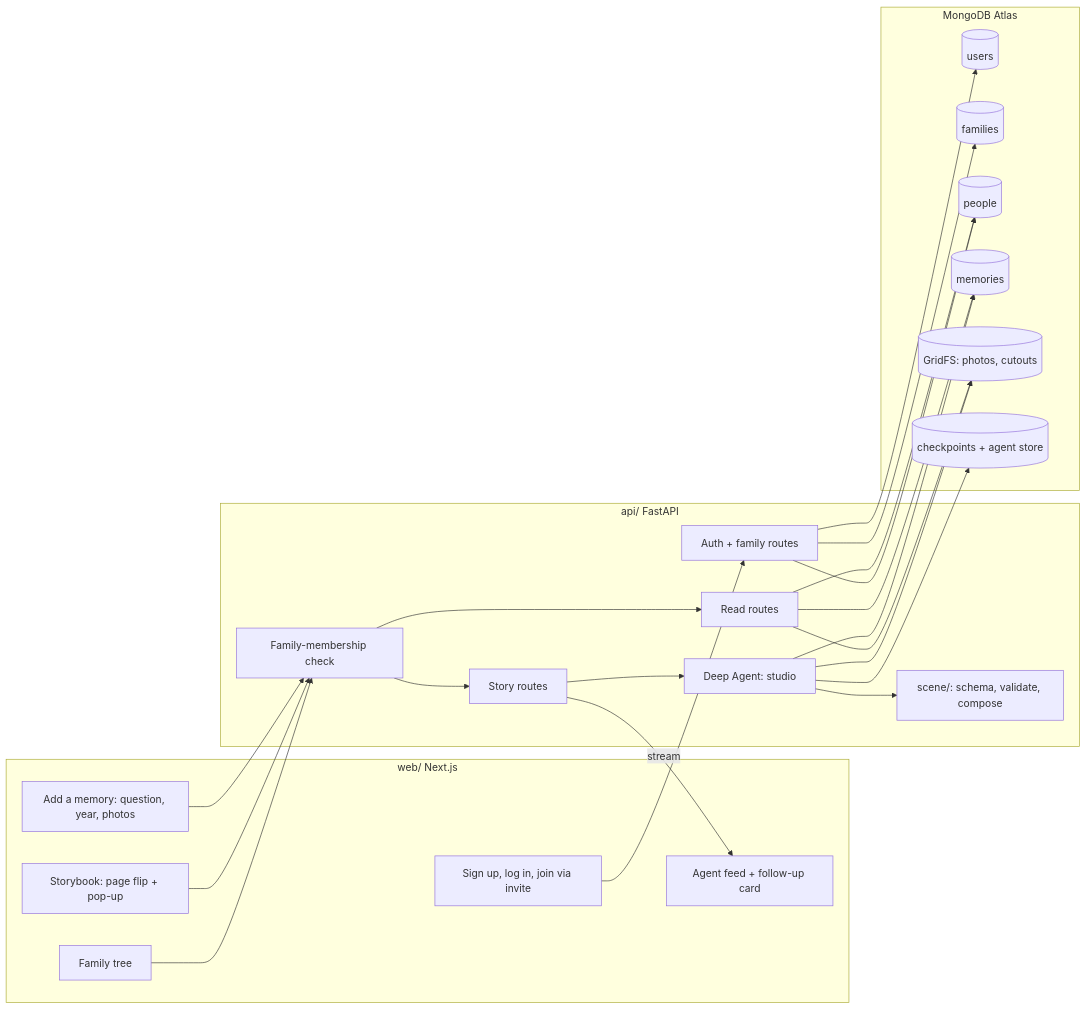
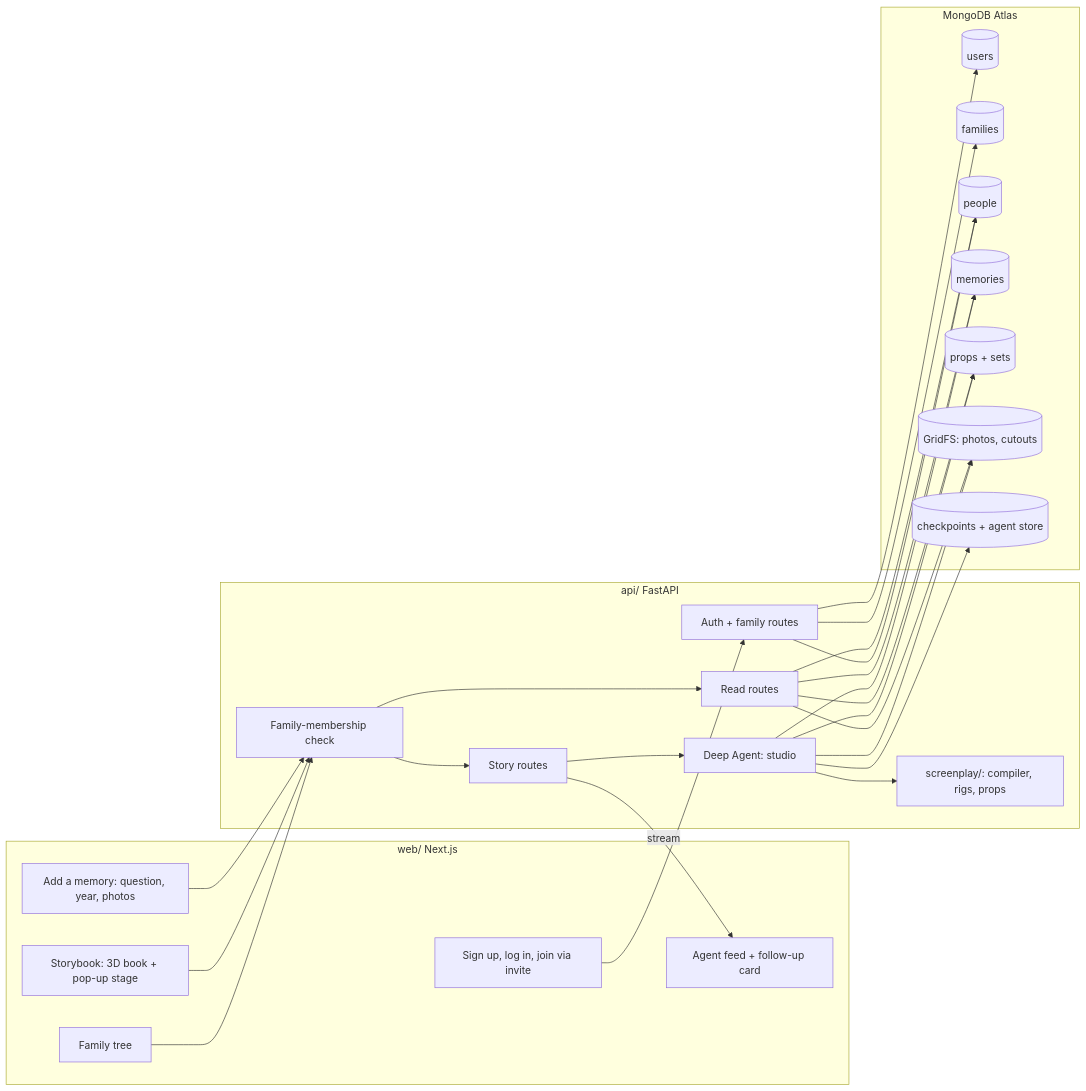
One commit to jpark2007/Stitch changed the diagram in ARCHITECTURE.md. Above: the diagram before and after it, drawn with Mermaid. The commit also changed other lines of this file and 50 other files, not shown here.

First line of the commit message:
Plan continuous pop-up animation with puppets, props, and a screenplay compiler

````diff
--- a/ARCHITECTURE.md
+++ b/ARCHITECTURE.md
@@ -10,46 +10,49 @@
 ```mermaid
 flowchart LR
   subgraph Web [web/ Next.js]
     Auth[Sign up, log in, join via invite]
     Tree[Family tree]
-    Book[Storybook: page flip + pop-up]
+    Book[Storybook: 3D book + pop-up stage]
     Add[Add a memory: question, year, photos]
     Feed[Agent feed + follow-up card]
   end
 
   subgraph API [api/ FastAPI]
     AuthR[Auth + family routes]
     Guard[Family-membership check]
     Reads[Read routes]
     Stories[Story routes]
     Agent[Deep Agent: studio]
-    Scene[scene/: schema, validate, compose]
+    Comp[screenplay/: compiler, rigs, props]
   end
 
   subgraph Atlas [MongoDB Atlas]
     Users[(users)]
     Families[(families)]
     People[(people)]
     Memories[(memories)]
+    Props[(props + sets)]
     Media[(GridFS: photos, cutouts)]
     Ckpt[(checkpoints + agent store)]
   end
 
   Auth --> AuthR
   AuthR --> Users
   AuthR --> Families
   AuthR --> People
   Tree --> Guard
   Book --> Guard
   Add --> Guard
   Guard --> Reads
   Guard --> Stories --> Agent
-  Agent --> Scene
+  Agent --> Comp
+  Agent --> Props
   Agent --> Memories
   Agent --> Media
   Agent --> Ckpt
   Stories -- stream --> Feed
   Reads --> People
   Reads --> Memories
+  Reads --> Props
   Reads --> Media
 ```
````
